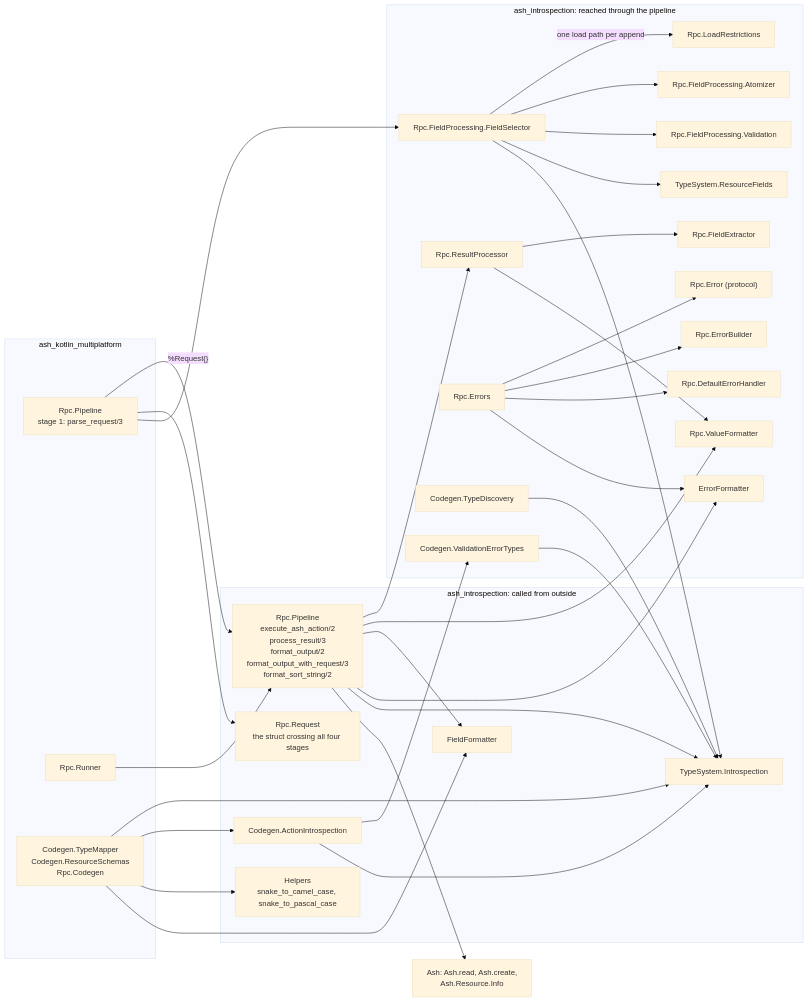
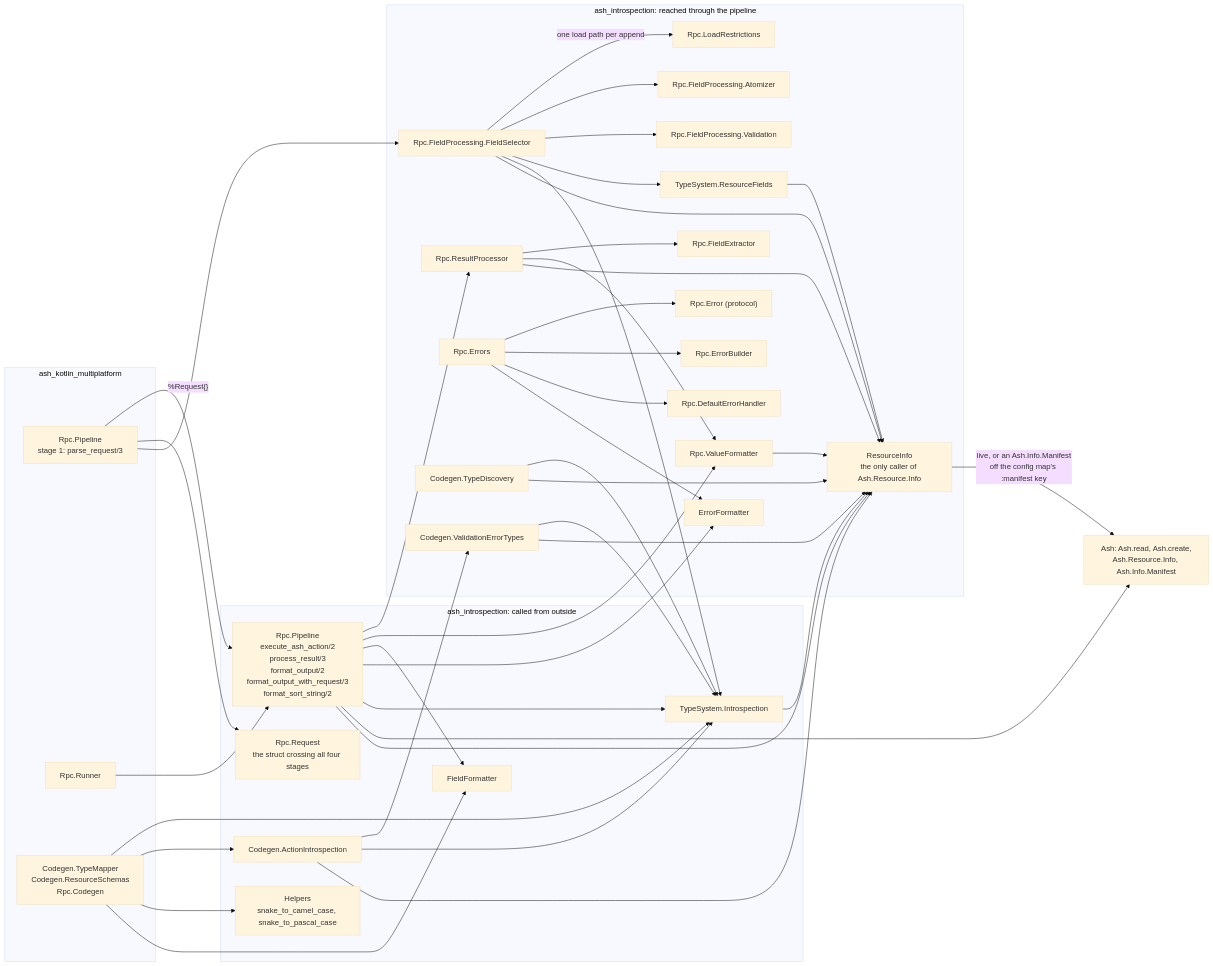
One commit to udin-io/ash_introspection changed the third of 4 diagrams in docs/architecture.md. Above: the diagram before and after it, drawn with Mermaid (base theme). The commit also changed other lines of this file and 21 other files, not shown here.

First line of the commit message:
feat: one reader for Ash.Resource.Info, with an optional :manifest key (#23 stage 1 of 5) (#70)

````diff
--- a/docs/architecture.md
+++ b/docs/architecture.md
@@ -92,68 +92,80 @@
 ```mermaid
 flowchart LR
     subgraph consumer["ash_kotlin_multiplatform"]
         cpipe["Rpc.Pipeline<br/>stage 1: parse_request/3"]
         crun["Rpc.Runner"]
         ccodegen["Codegen.TypeMapper<br/>Codegen.ResourceSchemas<br/>Rpc.Codegen"]
     end
 
     subgraph public["ash_introspection: called from outside"]
         pipeline["Rpc.Pipeline<br/>execute_ash_action/2<br/>process_result/3<br/>format_output/2<br/>format_output_with_request/3<br/>format_sort_string/2"]
         request["Rpc.Request<br/>the struct crossing all four stages"]
         ff["FieldFormatter"]
         helpers["Helpers<br/>snake_to_camel_case, snake_to_pascal_case"]
         tsi["TypeSystem.Introspection"]
         actint["Codegen.ActionIntrospection"]
     end
 
     subgraph internal["ash_introspection: reached through the pipeline"]
         fsel["Rpc.FieldProcessing.FieldSelector"]
         lrest["Rpc.LoadRestrictions"]
         atomz["Rpc.FieldProcessing.Atomizer"]
         fval["Rpc.FieldProcessing.Validation"]
         rproc["Rpc.ResultProcessor"]
         vfmt["Rpc.ValueFormatter"]
         fext["Rpc.FieldExtractor"]
         errs["Rpc.Errors"]
         errb["Rpc.ErrorBuilder"]
         errp["Rpc.Error (protocol)"]
         errh["Rpc.DefaultErrorHandler"]
         efmt["ErrorFormatter"]
+        rinfo["ResourceInfo<br/>the only caller of Ash.Resource.Info"]
         rfields["TypeSystem.ResourceFields"]
         tdisc["Codegen.TypeDiscovery"]
         vet["Codegen.ValidationErrorTypes"]
     end
 
-    ash["Ash: Ash.read, Ash.create,<br/>Ash.Resource.Info"]
+    ash["Ash: Ash.read, Ash.create,<br/>Ash.Resource.Info, Ash.Info.Manifest"]
 
     cpipe -->|"%Request{}"| pipeline
     cpipe --> request
     cpipe --> fsel
     crun --> pipeline
     ccodegen --> tsi
     ccodegen --> actint
     ccodegen --> helpers
     ccodegen --> ff
 
     pipeline --> rproc
     pipeline --> vfmt
     pipeline --> ff
     pipeline --> efmt
     pipeline --> tsi
     pipeline --> ash
     fsel -->|"one load path per append"| lrest
     fsel --> atomz
     fsel --> fval
     fsel --> rfields
     fsel --> tsi
     rproc --> fext
     rproc --> vfmt
     errs --> errp
     errs --> errb
     errs --> errh
     errs --> efmt
     tdisc --> tsi
     vet --> tsi
     actint --> vet
     actint --> tsi
+
+    pipeline --> rinfo
+    fsel --> rinfo
+    rproc --> rinfo
+    vfmt --> rinfo
+    rfields --> rinfo
+    tsi --> rinfo
+    actint --> rinfo
+    vet --> rinfo
+    tdisc --> rinfo
+    rinfo -->|"live, or an Ash.Info.Manifest<br/>off the config map's :manifest key"| ash
 ```
````
